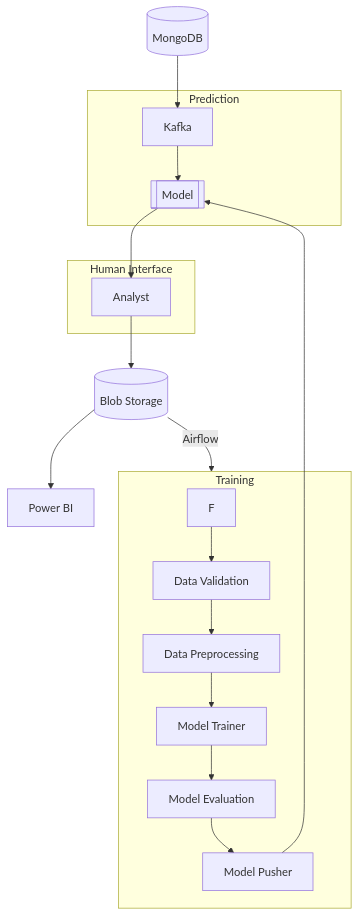
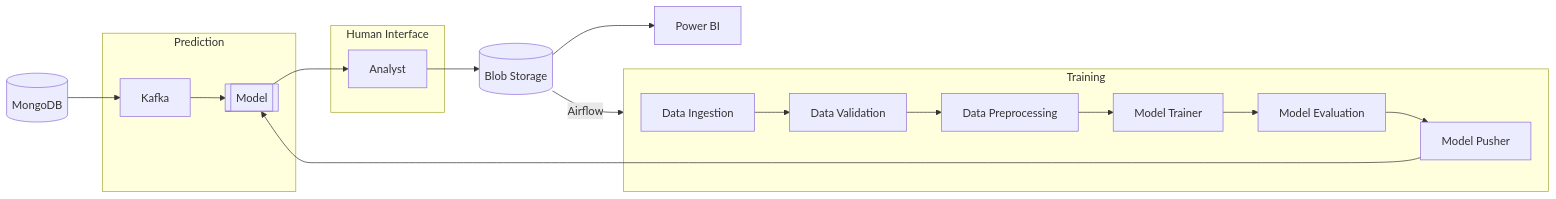
One commit to lintosunny/Credit-Card-Fraud-Detection-Using-Machine-Learning changed the second of 3 diagrams in README.md. Above: the diagram before and after it, drawn with Mermaid.

````diff
--- a/README.md
+++ b/README.md
@@ -25,21 +25,21 @@
 ```mermaid
-flowchart TB
+flowchart LR
     A[(MongoDB)] --> B[Kafka]
     D --> E[(Blob Storage)]
     subgraph Prediction
     B --> C[[Model]]
     end
     subgraph Training
-    F --> G[Data Validation]
+    F[Data Ingestion] --> G[Data Validation]
     G --> H[Data Preprocessing]
     H --> I[Model Trainer]
     I --> J[Model Evaluation]
     J --> K[Model Pusher]
     end
     subgraph Human Interface
     C --> D[Analyst]
     end
     E -- Airflow --> Training
     K --> C
     E --> Z[Power BI]
 ```
````
